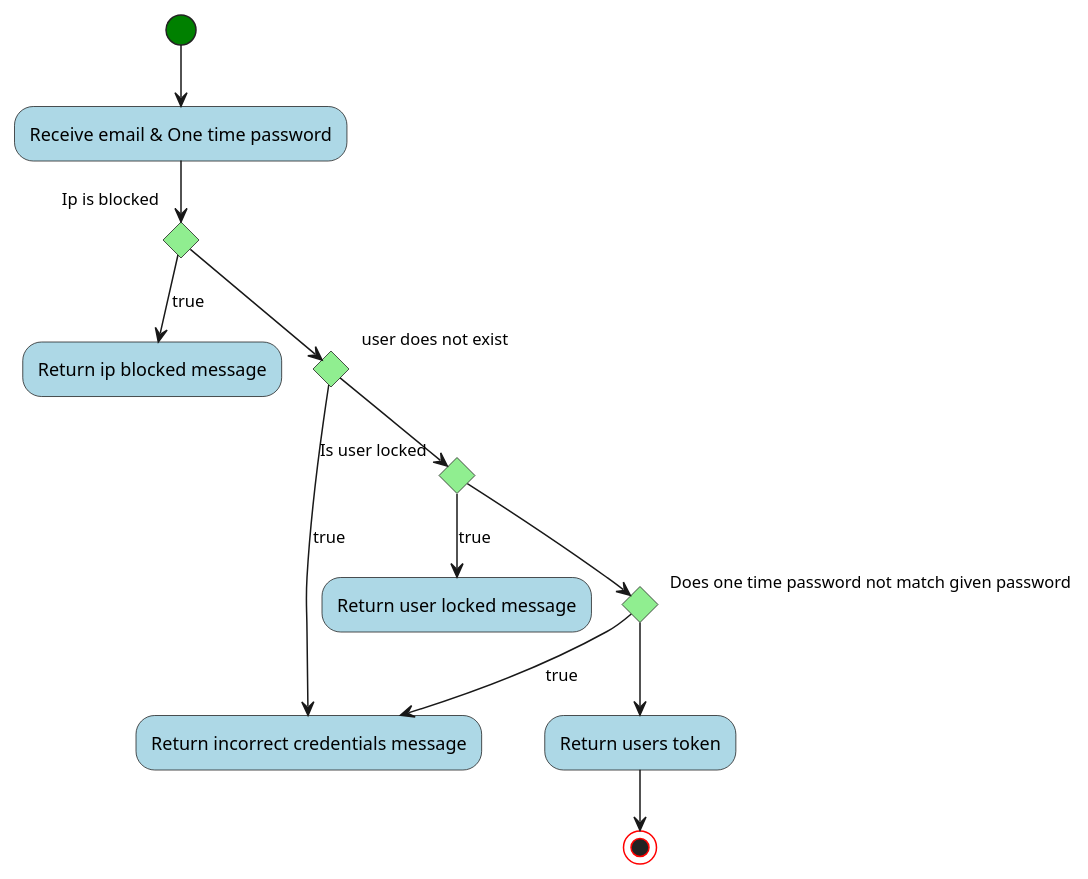
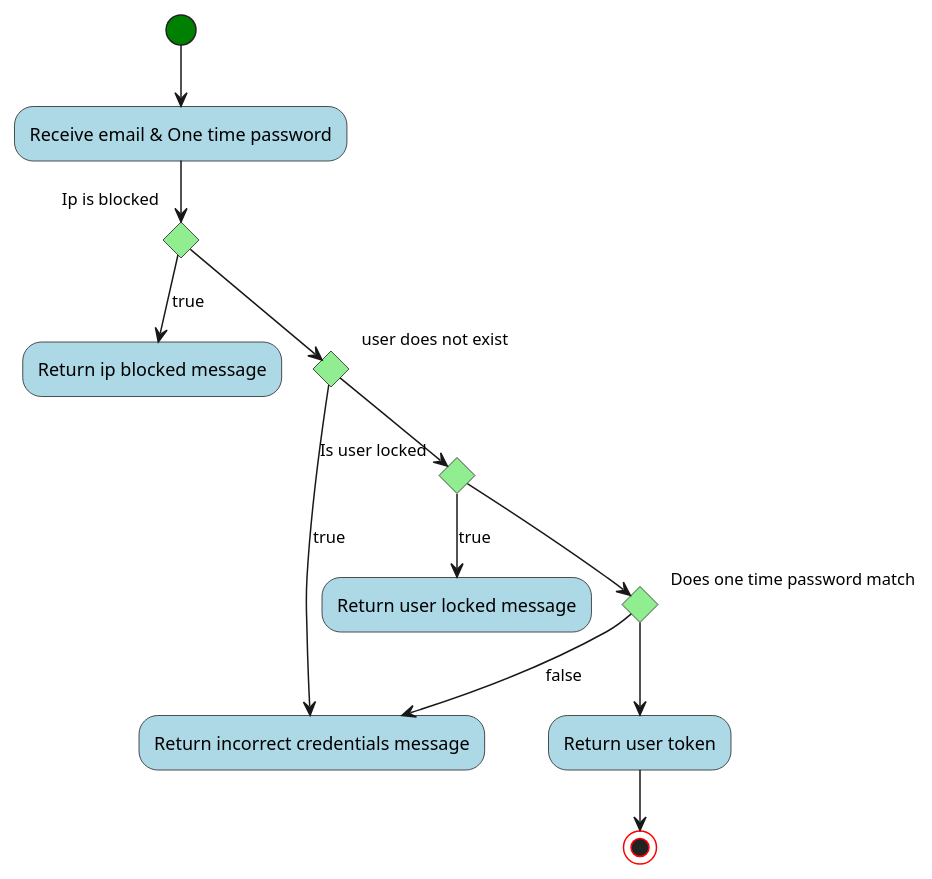
Before and after one commit to blackout1471/trust-us-school: the diagram in Docs/FlowCharts/VerifyNewLoginLocationFlowChart.plantuml, drawn with PlantUML. The commit also changed 1 other file, not shown here.

Commit message:
corrected login verify diagram

```diff
--- a/Docs/FlowCharts/VerifyNewLoginLocationFlowChart.plantuml
+++ b/Docs/FlowCharts/VerifyNewLoginLocationFlowChart.plantuml
@@ -1,35 +1,35 @@
 @startuml Verify new login location
 
 skinparam activity {
     BackgroundColor lightblue
     
     StartColor green
     EndColor red
     
     diamondBackgroundColor lightgreen
 }
 
 
 (*) --> "Receive email & One time password"
 
 if "Ip is blocked" then
 	-->[true] "Return ip blocked message"
 else
 	if "user does not exist" then
 		-->[true] "Return incorrect credentials message"
 	else
 		if "Is user locked" then
 			-->[true] "Return user locked message"
 		else
-			if "Does one time password not match given password" then
-				-->[true] "Return incorrect credentials message"
+			if "Does one time password match" then
+				-->[false] "Return incorrect credentials message"
 			else
-				-->"Return users token"
+				-->"Return user token"
 			end if
 		end if
 	end if
 end if
 
 -->(*)
 
 @enduml
```
